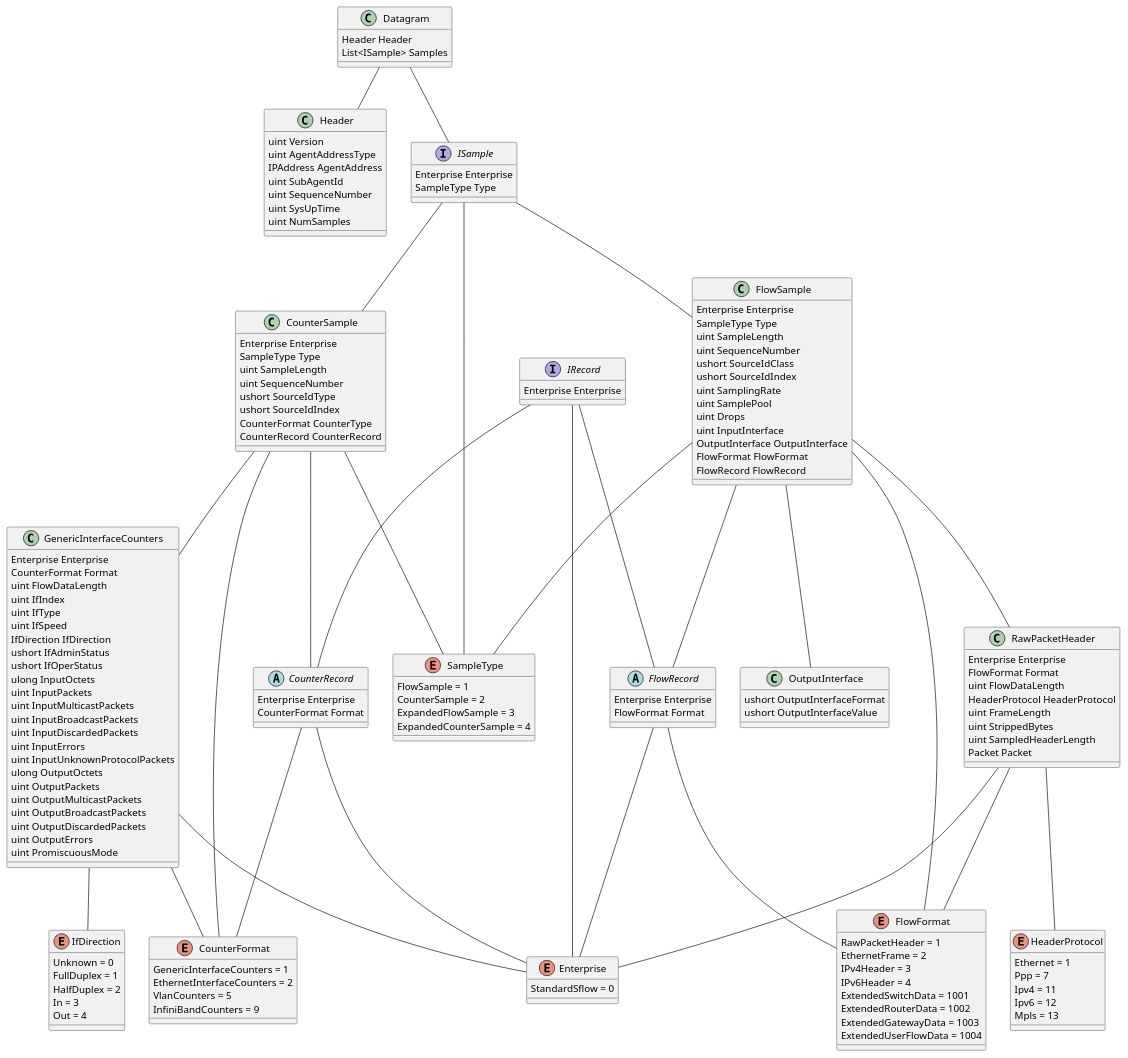
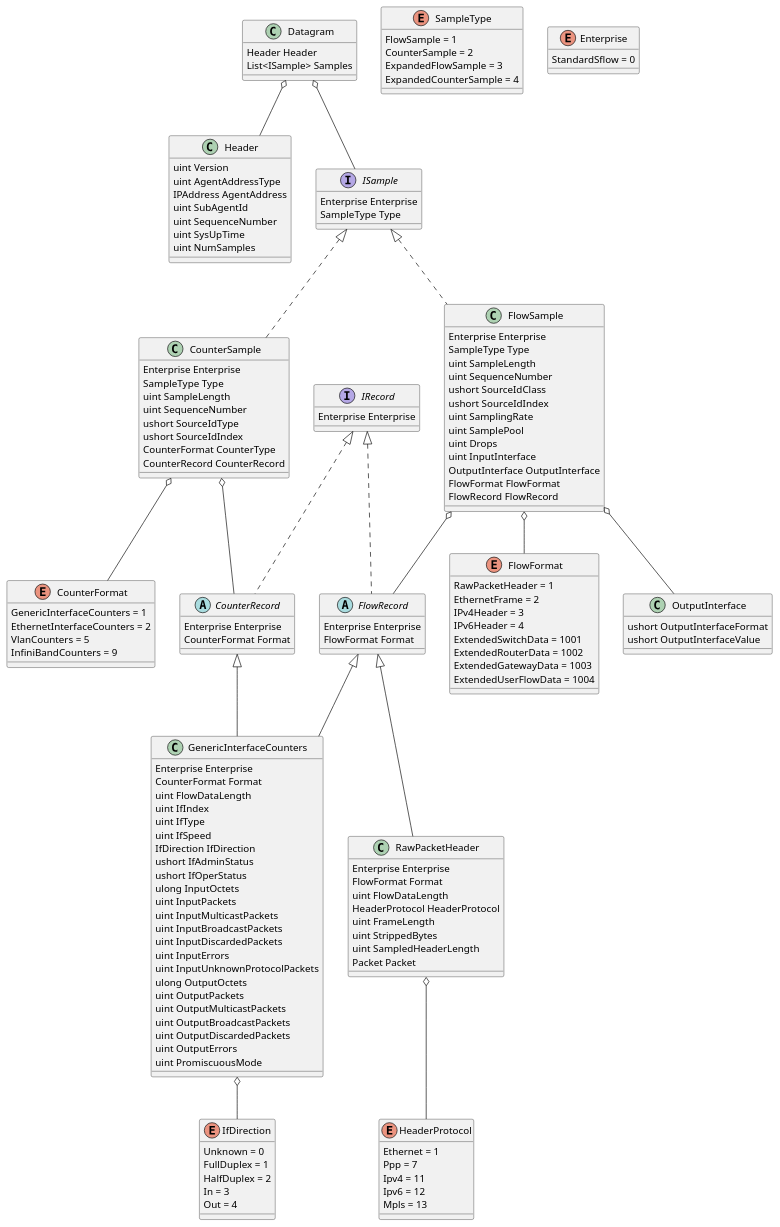
The diagram in Packrat/DotNetFlow/Sflow/sflow.puml (TELBC/Netanol), drawn with PlantUML before and after one commit. The commit also changed 24 other files, not shown here.

```diff
--- a/Packrat/DotNetFlow/Sflow/sflow.puml
+++ b/Packrat/DotNetFlow/Sflow/sflow.puml
@@ -1,194 +1,174 @@
 @startuml
 
 class Datagram {
     Header Header
     List<ISample> Samples
 }
 
 class Header {
     uint Version
     uint AgentAddressType
     IPAddress AgentAddress
     uint SubAgentId
     uint SequenceNumber
     uint SysUpTime
     uint NumSamples
 }
 
 interface IRecord {
     Enterprise Enterprise
 }
 
 interface ISample {
     Enterprise Enterprise
     SampleType Type
 }
 
 class FlowSample {
     Enterprise Enterprise
     SampleType Type
     uint SampleLength
     uint SequenceNumber
     ushort SourceIdClass
     ushort SourceIdIndex
     uint SamplingRate
     uint SamplePool
     uint Drops
     uint InputInterface
     OutputInterface OutputInterface
     FlowFormat FlowFormat
     FlowRecord FlowRecord
 }
 
 class OutputInterface {
     ushort OutputInterfaceFormat
     ushort OutputInterfaceValue
 }
 
 class CounterSample {
     Enterprise Enterprise
     SampleType Type
     uint SampleLength
     uint SequenceNumber
     ushort SourceIdType
     ushort SourceIdIndex
     CounterFormat CounterType
     CounterRecord CounterRecord
 }
 
 enum SampleType {
     FlowSample = 1
     CounterSample = 2
     ExpandedFlowSample = 3
     ExpandedCounterSample = 4
 }
 
 enum Enterprise {
     StandardSflow = 0
 }
 
 enum FlowFormat {
     RawPacketHeader = 1
     EthernetFrame = 2
     IPv4Header = 3
     IPv6Header = 4
     ExtendedSwitchData = 1001
     ExtendedRouterData = 1002
     ExtendedGatewayData = 1003
     ExtendedUserFlowData = 1004
 }
 
 enum CounterFormat {
     GenericInterfaceCounters = 1
     EthernetInterfaceCounters = 2
     VlanCounters = 5
     InfiniBandCounters = 9
 }
 
 abstract class FlowRecord {
     Enterprise Enterprise
     FlowFormat Format
 }
 
 abstract class CounterRecord {
     Enterprise Enterprise
     CounterFormat Format
 }
 
 class GenericInterfaceCounters {
     Enterprise Enterprise
     CounterFormat Format
     uint FlowDataLength
     uint IfIndex
     uint IfType
     uint IfSpeed
     IfDirection IfDirection
     ushort IfAdminStatus
     ushort IfOperStatus
     ulong InputOctets
     uint InputPackets
     uint InputMulticastPackets
     uint InputBroadcastPackets
     uint InputDiscardedPackets
     uint InputErrors
     uint InputUnknownProtocolPackets
     ulong OutputOctets
     uint OutputPackets
     uint OutputMulticastPackets
     uint OutputBroadcastPackets
     uint OutputDiscardedPackets
     uint OutputErrors
     uint PromiscuousMode
 }
 
 enum IfDirection {
     Unknown = 0
     FullDuplex = 1
     HalfDuplex = 2
     In = 3
     Out = 4
 }
 
 class RawPacketHeader {
     Enterprise Enterprise
     FlowFormat Format
     uint FlowDataLength
     HeaderProtocol HeaderProtocol
     uint FrameLength
     uint StrippedBytes
     uint SampledHeaderLength
     Packet Packet
 }
 
 enum HeaderProtocol {
     Ethernet = 1
     Ppp = 7
     Ipv4 = 11
     Ipv6 = 12
     Mpls = 13
 }
 
-'interface ISflowReader {
-'    Header ReadHeader(Stream datagramStream)
-'    IEnumerable<ISample> ReadSamples(Stream datagramStream, uint numSamples)
-'}
+Datagram o-- Header
+Datagram o-- ISample
+ISample <|.. FlowSample
+ISample <|.. CounterSample
 
-Datagram -- Header
-Datagram -- ISample
-ISample -- FlowSample
-ISample -- CounterSample
+IRecord <|.. FlowRecord
+IRecord <|.. CounterRecord
 
-IRecord -- Enterprise
-GenericInterfaceCounters -- Enterprise
-RawPacketHeader -- Enterprise
-CounterRecord -- Enterprise
-FlowRecord -- Enterprise
+FlowSample o-- OutputInterface
+FlowSample o-- FlowFormat
+FlowSample o-- FlowRecord
 
-FlowSample -- RawPacketHeader
-CounterSample -- GenericInterfaceCounters
+CounterSample o-- CounterFormat
+CounterSample o-- CounterRecord
 
-FlowSample -- OutputInterface
+GenericInterfaceCounters o-- IfDirection
+RawPacketHeader o-- HeaderProtocol
 
-ISample -- SampleType
-FlowSample -- SampleType
-CounterSample -- SampleType
+FlowRecord <|-- GenericInterfaceCounters
+FlowRecord <|-- RawPacketHeader
 
-GenericInterfaceCounters -- IfDirection
-
-RawPacketHeader -- FlowFormat
-FlowSample -- FlowFormat
-FlowRecord -- FlowFormat
-
-GenericInterfaceCounters -- CounterFormat
-CounterSample -- CounterFormat
-CounterRecord -- CounterFormat
-
-RawPacketHeader -- HeaderProtocol
-
-CounterSample -- CounterRecord
-FlowSample -- FlowRecord
-
-IRecord -- FlowRecord
-IRecord -- CounterRecord
+CounterRecord <|-- GenericInterfaceCounters
 
 @enduml
```
